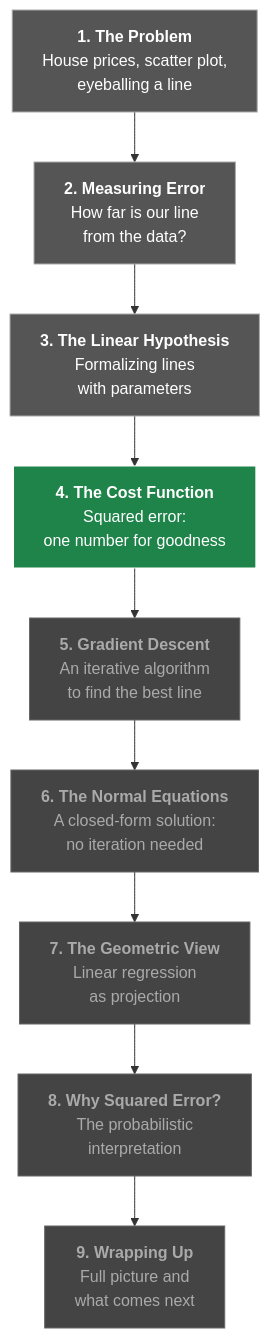
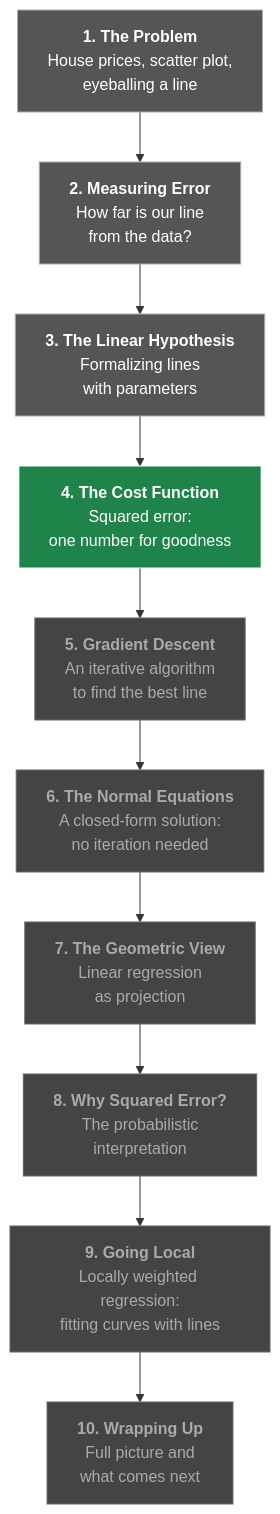
Before and after one commit to SushrutGaikwad/SushrutGaikwad.github.io: the second of 5 diagrams in blog/published/linear-regression/index.qmd, drawn with Mermaid. The commit also changed other lines of this file and 9 other files, not shown here.

First line of the commit message:
Add locally weighted regression to the linear regression post

````diff
--- a/blog/published/linear-regression/index.qmd
+++ b/blog/published/linear-regression/index.qmd
@@ -212,24 +213,26 @@
 ```{mermaid}
 %%| fig-align: center
 flowchart TB
     A["<b>1. The Problem</b><br/>House prices, scatter plot,<br/>eyeballing a line"]
     B["<b>2. Measuring Error</b><br/>How far is our line<br/>from the data?"]
     C["<b>3. The Linear Hypothesis</b><br/>Formalizing lines<br/>with parameters"]
     D["<b>4. The Cost Function</b><br/>Squared error:<br/>one number for goodness"]
     E["<b>5. Gradient Descent</b><br/>An iterative algorithm<br/>to find the best line"]
     F["<b>6. The Normal Equations</b><br/>A closed-form solution:<br/>no iteration needed"]
     G["<b>7. The Geometric View</b><br/>Linear regression<br/>as projection"]
     H["<b>8. Why Squared Error?</b><br/>The probabilistic<br/>interpretation"]
-    I["<b>9. Wrapping Up</b><br/>Full picture and<br/>what comes next"]
-    A --> B --> C --> D --> E --> F --> G --> H --> I
+    L["<b>9. Going Local</b><br/>Locally weighted regression:<br/>fitting curves with lines"]
+    I["<b>10. Wrapping Up</b><br/>Full picture and<br/>what comes next"]
+    A --> B --> C --> D --> E --> F --> G --> H --> L --> I
 
     style A fill:#555,color:#fff,stroke:#aaa
     style B fill:#555,color:#fff,stroke:#aaa
     style C fill:#555,color:#fff,stroke:#aaa
     style D fill:#1e8449,color:#fff,stroke:#fff
     style E fill:#444,color:#aaa,stroke:#666
     style F fill:#444,color:#aaa,stroke:#666
     style G fill:#444,color:#aaa,stroke:#666
     style H fill:#444,color:#aaa,stroke:#666
+    style L fill:#444,color:#aaa,stroke:#666
     style I fill:#444,color:#aaa,stroke:#666
 ```
````
